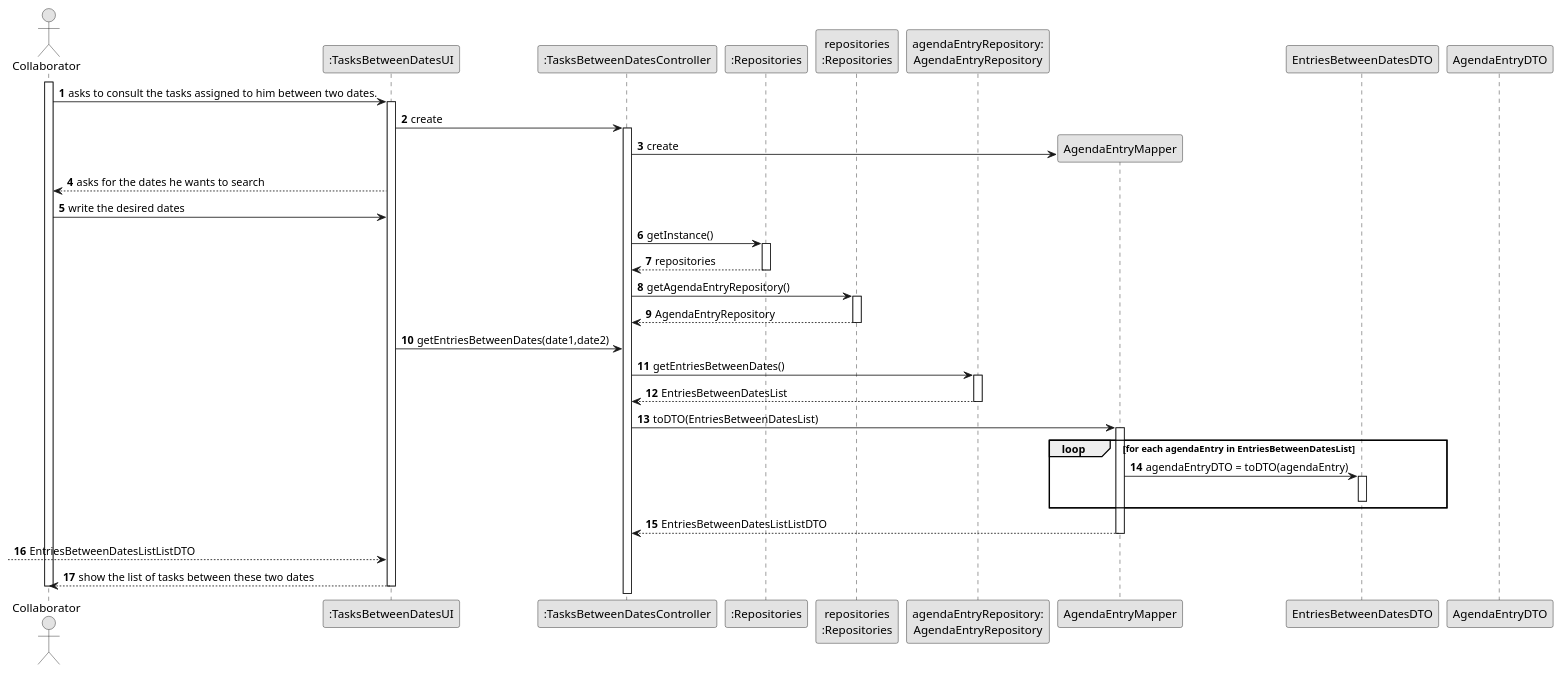
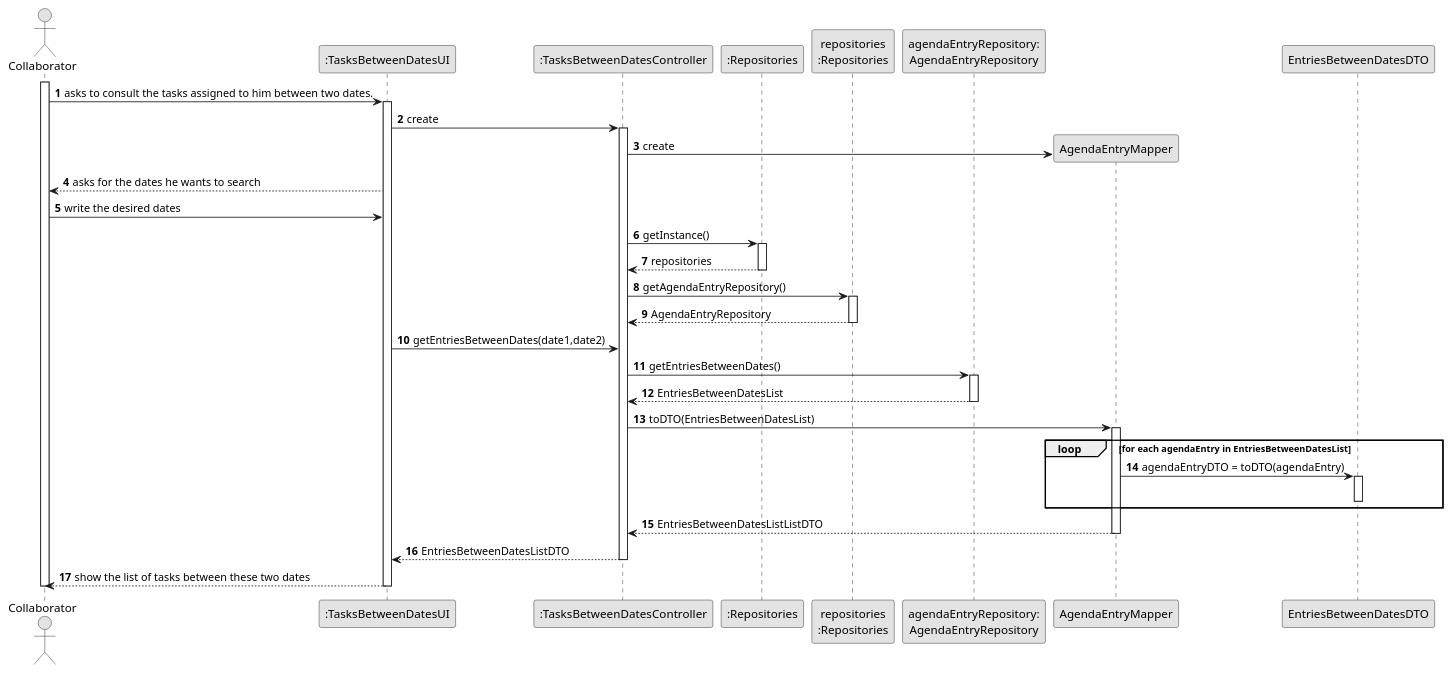
Before and after one commit to Departamento-de-Engenharia-Informatica/lei-24-s2-1do-g164: the diagram in docs/sprintC/us028/03.design/puml/us028-sequence-diagram-full.puml, drawn with PlantUML. The commit also changed 2 other files, not shown here.

```diff
--- a/docs/sprintC/us028/03.design/puml/us028-sequence-diagram-full.puml
+++ b/docs/sprintC/us028/03.design/puml/us028-sequence-diagram-full.puml
@@ -1,69 +1,69 @@
 @startuml
 skinparam monochrome true
 skinparam packageStyle rectangle
 skinparam shadowing false
 
 autonumber
 
 actor "Collaborator" as ADM
 participant ":TasksBetweenDatesUI" as UI
 participant ":TasksBetweenDatesController" as CTRL
 participant ":Repositories" as RepositorySingleton
 participant "repositories\n:Repositories" as PLAT
 participant "agendaEntryRepository:\nAgendaEntryRepository" as Repo
 participant "AgendaEntryMapper"
 participant "EntriesBetweenDatesDTO"
 
 activate ADM
 
 ADM -> UI : asks to consult the tasks assigned to him between two dates.
 activate UI
 
 UI -> CTRL : create
 activate CTRL
  CTRL-> "AgendaEntryMapper"** : create
 deactivate "AgendaEntryMapper"
 
 UI --> ADM : asks for the dates he wants to search
 ADM -> UI : write the desired dates
 
 CTRL -> RepositorySingleton : getInstance()
 activate RepositorySingleton
 
 RepositorySingleton --> CTRL: repositories
 deactivate RepositorySingleton
 
 CTRL -> PLAT : getAgendaEntryRepository()
 activate PLAT
 
 PLAT --> CTRL: AgendaEntryRepository
 deactivate PLAT
 
 UI -> CTRL : getEntriesBetweenDates(date1,date2)
 
 CTRL -> Repo : getEntriesBetweenDates()
 activate Repo
 
 Repo --> CTRL :EntriesBetweenDatesList
 deactivate Repo
 
 CTRL -> "AgendaEntryMapper": toDTO(EntriesBetweenDatesList)
 activate "AgendaEntryMapper"
 
 loop for each agendaEntry in EntriesBetweenDatesList
     "AgendaEntryMapper" -> "EntriesBetweenDatesDTO" : agendaEntryDTO = toDTO(agendaEntry)
     activate "EntriesBetweenDatesDTO"
     deactivate "EntriesBetweenDatesDTO"
 end
 
 "AgendaEntryMapper" --> CTRL : EntriesBetweenDatesListListDTO
 deactivate "AgendaEntryMapper"
- --> UI : EntriesBetweenDatesListListDTO
-deactivate "AgendaEntryDTO"
+  CTRL --> UI : EntriesBetweenDatesListDTO
+            deactivate CTRL
 
 UI --> ADM : show the list of tasks between these two dates
 deactivate UI
 
 deactivate ADM
 
 @enduml
```
